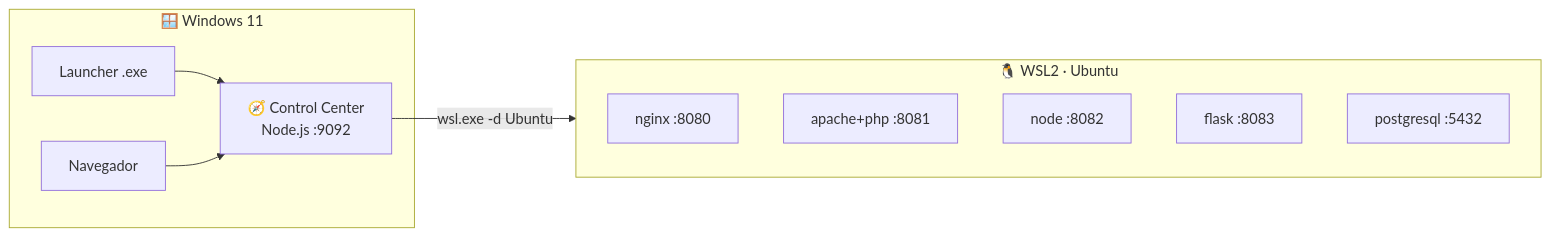
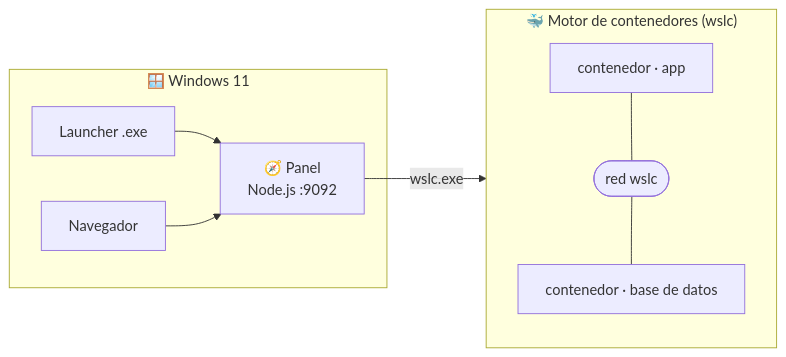
Before and after one commit to vladimiracunadev-create/wsl-labs: the diagram in README.md, drawn with Mermaid. The commit also changed other lines of this file and 90 other files, not shown here.

````diff
--- a/README.md
+++ b/README.md
@@ -40,18 +33,17 @@
 ```mermaid
 flowchart LR
     subgraph WIN["🪟 Windows 11"]
         L["Launcher .exe"]
         B["Navegador"]
-        D["🧭 Control Center<br/>Node.js :9092"]
+        D["🧭 Panel<br/>Node.js :9092"]
     end
-    subgraph WSL["🐧 WSL2 · Ubuntu"]
-        N["nginx :8080"]
-        A["apache+php :8081"]
-        NO["node :8082"]
-        P["flask :8083"]
-        PG["postgresql :5432"]
+    subgraph WSLC["🐳 Motor de contenedores (wslc)"]
+        C1["contenedor · app"]
+        C2["contenedor · base de datos"]
+        N(["red wslc"])
+        C1 --- N --- C2
     end
     L --> D
     B --> D
-    D -->|wsl.exe -d Ubuntu| WSL
+    D -->|wslc.exe| WSLC
 ```
````
